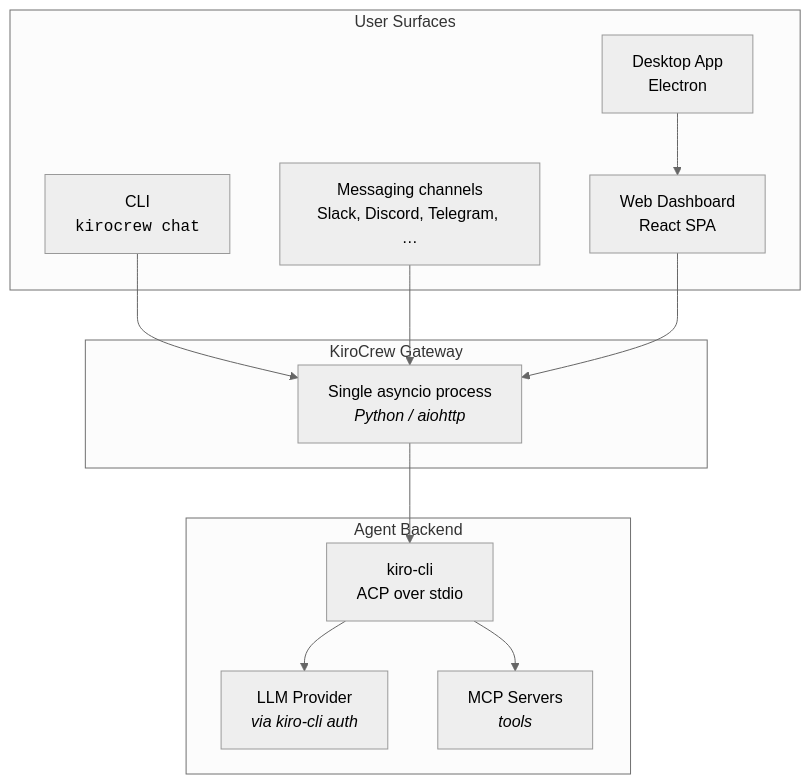
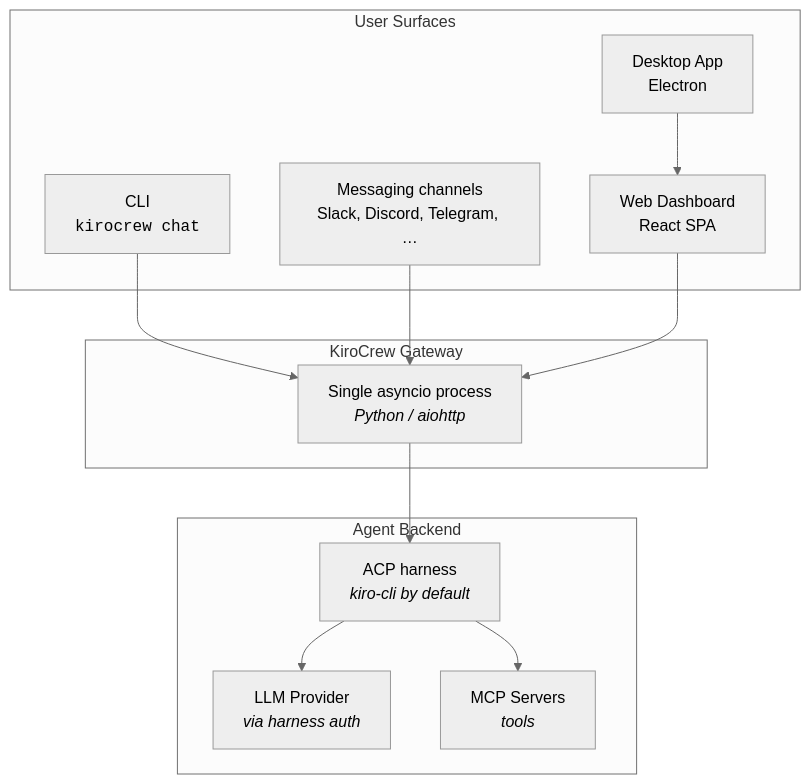
Before and after one commit to kirodotdev/KiroCrew: the first of 9 diagrams in docs/architecture/overview.md, drawn with Mermaid (neutral theme). The commit also changed other lines of this file and 264 other files, not shown here.

````diff
--- a/docs/architecture/overview.md
+++ b/docs/architecture/overview.md
@@ -77,28 +82,28 @@
 ```mermaid
 graph TB
     subgraph "User Surfaces"
         CLI[CLI<br/><code>kirocrew chat</code>]
         CHAN[Messaging channels<br/>Slack, Discord, Telegram, …]
         Dashboard[Web Dashboard<br/>React SPA]
         Desktop[Desktop App<br/>Electron]
     end
 
     subgraph "KiroCrew Gateway"
         GW[Single asyncio process<br/><i>Python / aiohttp</i>]
     end
 
     subgraph "Agent Backend"
-        KC[kiro-cli<br/>ACP over stdio]
-        LLM[LLM Provider<br/><i>via kiro-cli auth</i>]
+        KC[ACP harness<br/><i>kiro-cli by default</i>]
+        LLM[LLM Provider<br/><i>via harness auth</i>]
         MCP[MCP Servers<br/><i>tools</i>]
     end
 
     CLI --> GW
     CHAN --> GW
     Dashboard --> GW
     Desktop --> Dashboard
 
     GW --> KC
     KC --> LLM
     KC --> MCP
 ```
````
